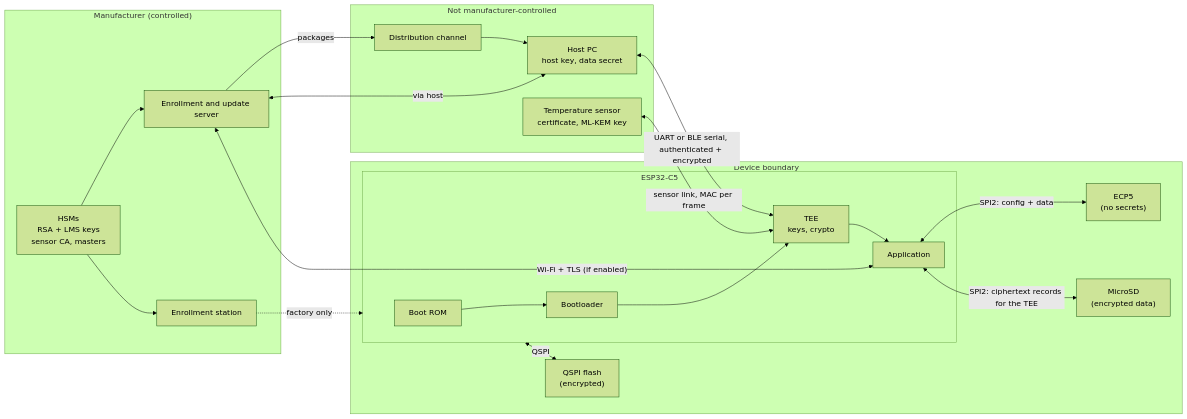
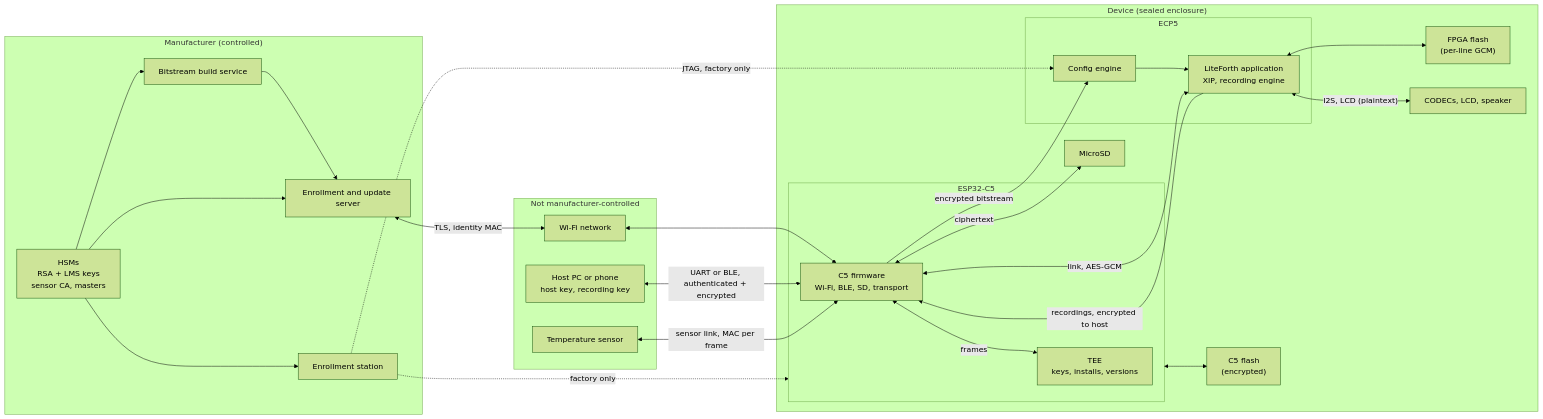
Before and after one commit to bradleyeckert/thriller: the diagram in doc/fda.md, drawn with Mermaid (forest theme). The commit also changed other lines of this file and 12 other files, not shown here.

First line of the commit message:
Run the application on the ECP5 with per-device keys in its encrypted bitstream

````diff
--- a/doc/fda.md
+++ b/doc/fda.md
@@ -52,36 +55,44 @@
 ```mermaid
 flowchart LR
   subgraph MFR["Manufacturer (controlled)"]
     HSM["HSMs<br/>RSA + LMS keys<br/>sensor CA, masters"]
+    BLD["Bitstream build service"]
     SRV["Enrollment and update server"]
     MFG["Enrollment station"]
   end
   subgraph EXT["Not manufacturer-controlled"]
-    DIST["Distribution channel"]
-    HOST["Host PC<br/>host key, data secret"]
-    SENS["Temperature sensor<br/>certificate, ML-KEM key"]
+    HOST["Host PC or phone<br/>host key, recording key"]
+    SENS["Temperature sensor"]
+    NET["Wi-Fi network"]
   end
-  subgraph DEV["Device boundary"]
+  subgraph DEV["Device (sealed enclosure)"]
     subgraph C5["ESP32-C5"]
-      ROM["Boot ROM"]
-      BL["Bootloader"]
-      TEE["TEE<br/>keys, crypto"]
-      APP["Application"]
+      TEE["TEE<br/>keys, installs, versions"]
+      FW["C5 firmware<br/>Wi-Fi, BLE, SD, transport"]
     end
-    FL["QSPI flash<br/>(encrypted)"]
-    SD["MicroSD<br/>(encrypted data)"]
-    FPGA["ECP5<br/>(no secrets)"]
+    subgraph FPGA["ECP5"]
+      CFG["Config engine"]
+      APP["LiteForth application<br/>XIP, recording engine"]
+    end
+    CFL["C5 flash<br/>(encrypted)"]
+    FFL["FPGA flash<br/>(per-line GCM)"]
+    SD["MicroSD"]
+    COD["CODECs, LCD, speaker"]
   end
+  HSM --> BLD --> SRV
   HSM --> SRV
   HSM --> MFG
-  SRV -->|packages| DIST --> HOST
-  SRV <-->|"via host"| HOST
-  HOST <-->|"UART or BLE serial, authenticated + encrypted"| TEE
-  SRV <-->|"Wi-Fi + TLS (if enabled)"| APP
-  SENS <-->|"sensor link, MAC per frame"| TEE
+  SRV <-->|"TLS, identity MAC"| NET <--> FW
+  HOST <-->|"UART or BLE, authenticated + encrypted"| FW
+  SENS <-->|"sensor link, MAC per frame"| FW
+  FW <-->|"frames"| TEE
   MFG -.->|"factory only"| C5
-  ROM --> BL --> TEE --> APP
-  C5 <-->|"QSPI"| FL
-  APP <-->|"SPI2: config + data"| FPGA
-  APP <-->|"SPI2: ciphertext records for the TEE"| SD
+  MFG -.->|"JTAG, factory only"| CFG
+  C5 <--> CFL
+  FW -->|"encrypted bitstream"| CFG --> APP
+  FW <-->|"link, AES-GCM"| APP
+  APP -->|"recordings, encrypted to host"| FW
+  APP <--> FFL
+  APP <-->|"I2S, LCD (plaintext)"| COD
+  FW <-->|"ciphertext"| SD
 ```
````
